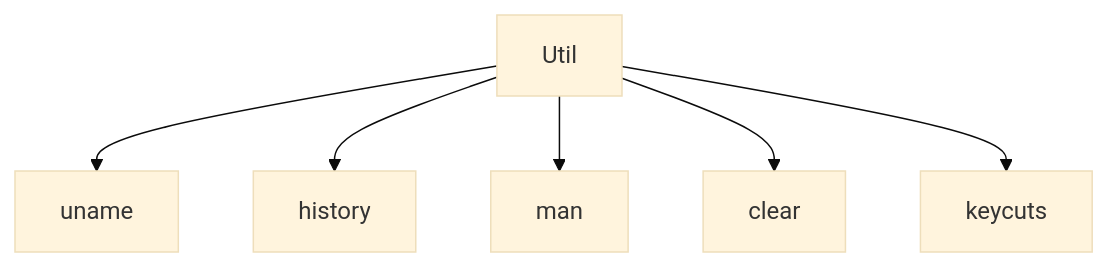
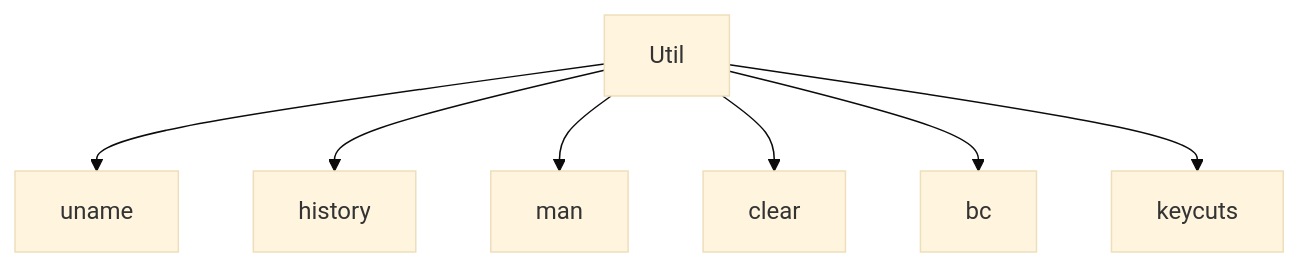
The eighth of 8 diagrams in linux/ComandosBasicos.md (jppreti/documents), drawn with Mermaid (base theme) before and after one commit. The commit also changed other lines of this file and 1 other file, not shown here.

Commit message:
feat: complementos dos comandos objdump, bc e expr

````diff
--- a/linux/ComandosBasicos.md
+++ b/linux/ComandosBasicos.md
@@ -553,13 +553,15 @@
 ```mermaid
 flowchart TD
     Util-->uname
     Util-->history
     Util-->man
     Util-->clear
+    Util-->bc
     Util-->keycuts
     click uname "https://github.com/jppreti/documents/blob/main/linux/ComandosBasicos.md#uname"
     click history "https://github.com/jppreti/documents/blob/main/linux/ComandosBasicos.md#history"
     click man "https://github.com/jppreti/documents/blob/main/linux/ComandosBasicos.md#man"
     click clear "https://github.com/jppreti/documents/blob/main/linux/ComandosBasicos.md#dicas"
+    click bc "https://github.com/jppreti/documents/blob/main/linux/ComandosBasicos.md#bc"
     click keycuts "https://github.com/jppreti/documents/blob/main/linux/ComandosBasicos.md#dicas"
 ```
````
